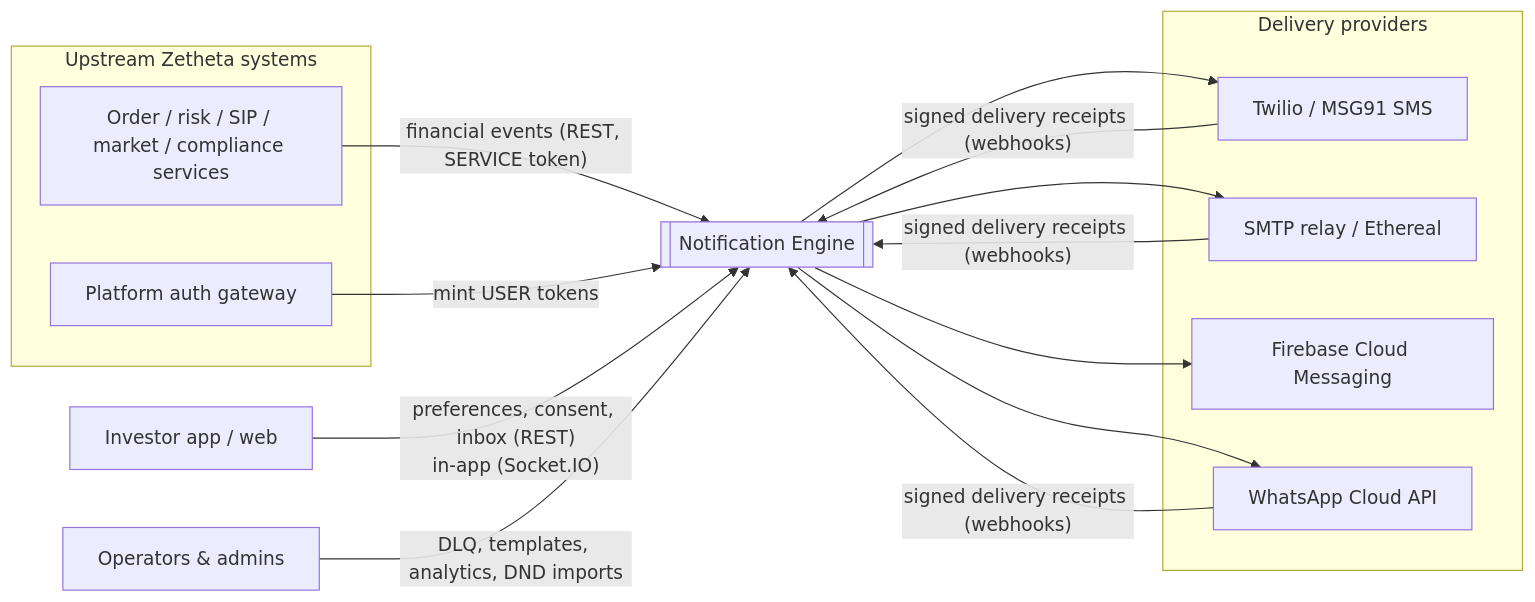
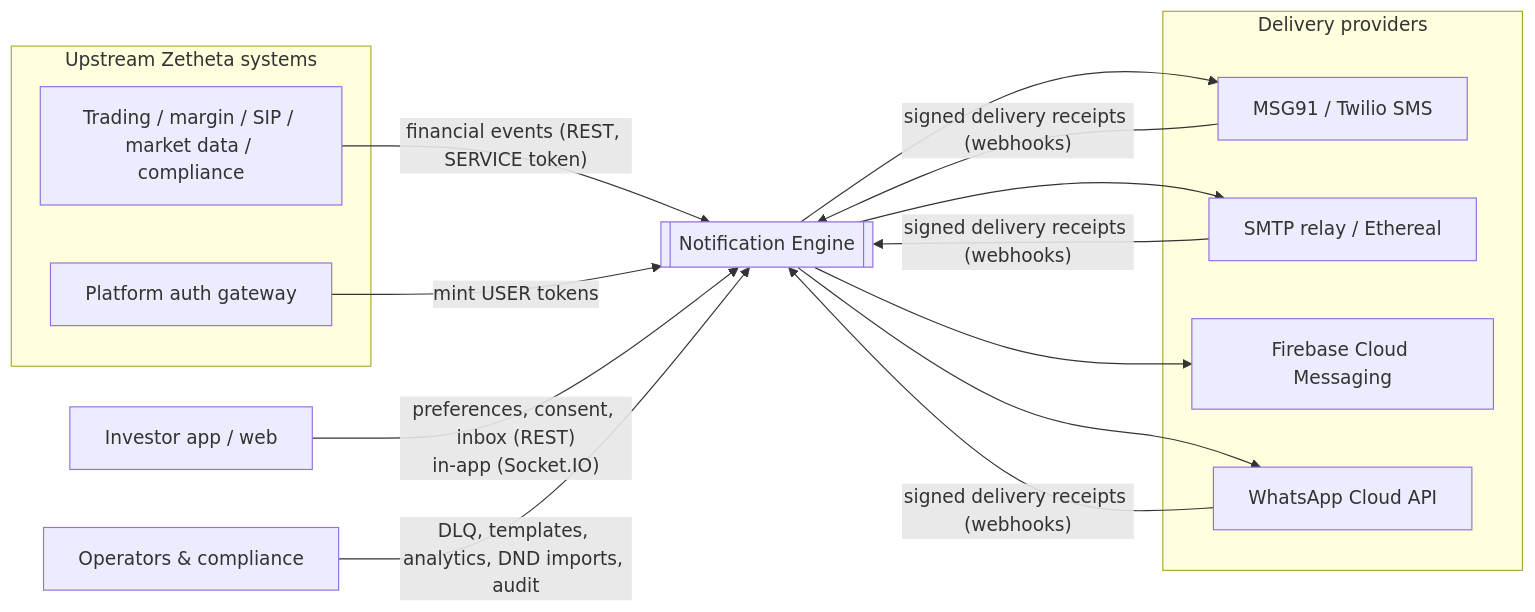
The first of 6 diagrams in ARCHITECTURE.md (takshaksinghania21-pixel/zeTheta-1D), drawn with Mermaid before and after one commit. The commit also changed other lines of this file and 231 other files, not shown here.

````diff
--- a/ARCHITECTURE.md
+++ b/ARCHITECTURE.md
@@ -9,22 +12,22 @@
 ```mermaid
 flowchart LR
   subgraph Upstream["Upstream Zetheta systems"]
-    OMS[Order / risk / SIP / market / compliance services]
+    OMS[Trading / margin / SIP / market data / compliance]
     GW[Platform auth gateway]
   end
-  Ops[Operators & admins]
+  Ops[Operators & compliance]
   App[Investor app / web]
   NE[[Notification Engine]]
   subgraph Providers["Delivery providers"]
-    SMS[Twilio / MSG91 SMS]
+    SMS[MSG91 / Twilio SMS]
     MAIL[SMTP relay / Ethereal]
     FCM[Firebase Cloud Messaging]
     WA[WhatsApp Cloud API]
   end
   OMS -- "financial events (REST, SERVICE token)" --> NE
   GW -- "mint USER tokens" --> NE
   App -- "preferences, consent, inbox (REST)\nin-app (Socket.IO)" --> NE
-  Ops -- "DLQ, templates, analytics, DND imports" --> NE
+  Ops -- "DLQ, templates, analytics, DND imports, audit" --> NE
   NE --> SMS & MAIL & FCM & WA
   SMS & MAIL & WA -- "signed delivery receipts (webhooks)" --> NE
 ```
````
